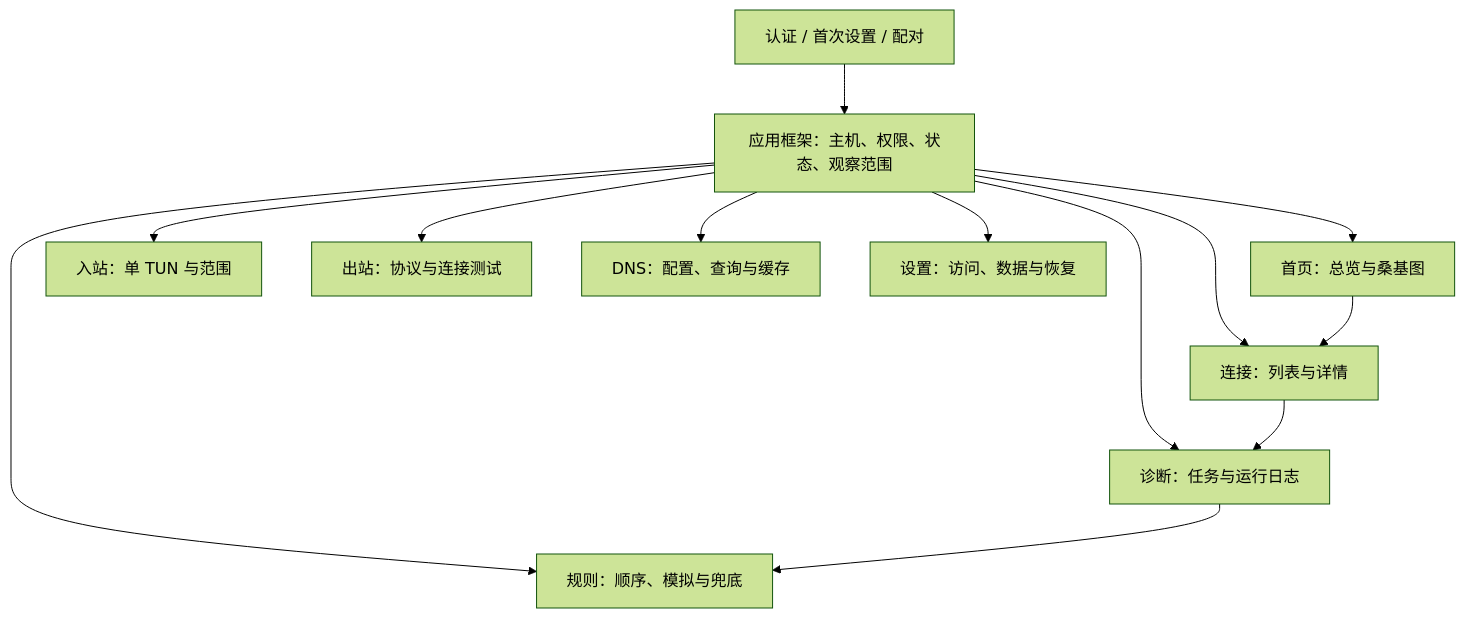
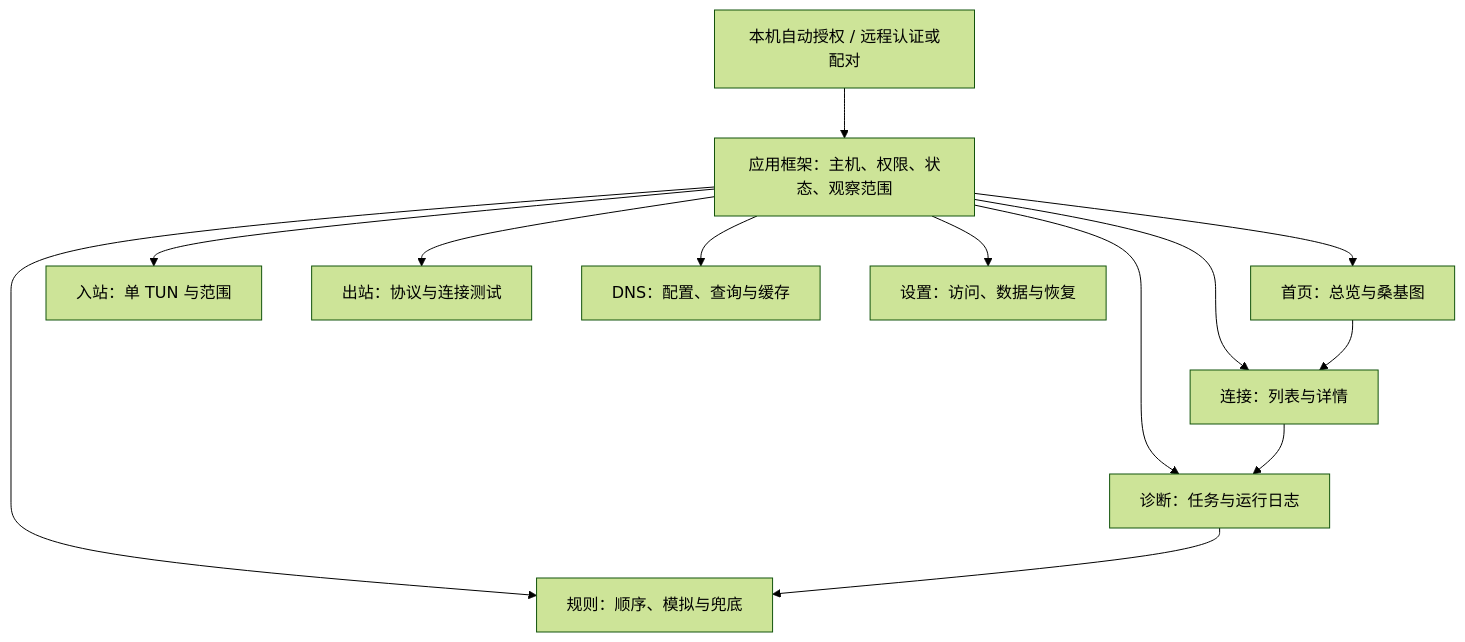
Before and after one commit to xjdrew/kone: the first of 3 diagrams in docs/requirements/web-ui.md, drawn with Mermaid (forest theme). The commit also changed other lines of this file and 65 other files, not shown here.

````diff
--- a/docs/requirements/web-ui.md
+++ b/docs/requirements/web-ui.md
@@ -15,15 +15,15 @@
 ```mermaid
 flowchart TD
-  A[认证 / 首次设置 / 配对] --> B[应用框架：主机、权限、状态、观察范围]
+  A[本机自动授权 / 远程认证或配对] --> B[应用框架：主机、权限、状态、观察范围]
   B --> H[首页：总览与桑基图]
   B --> C[连接：列表与详情]
   B --> I[入站：单 TUN 与范围]
   B --> O[出站：协议与连接测试]
   B --> R[规则：顺序、模拟与兜底]
   B --> D[DNS：配置、查询与缓存]
   B --> T[诊断：任务与运行日志]
   B --> S[设置：访问、数据与恢复]
   H --> C
   C --> T
   T --> R
 ```
````
